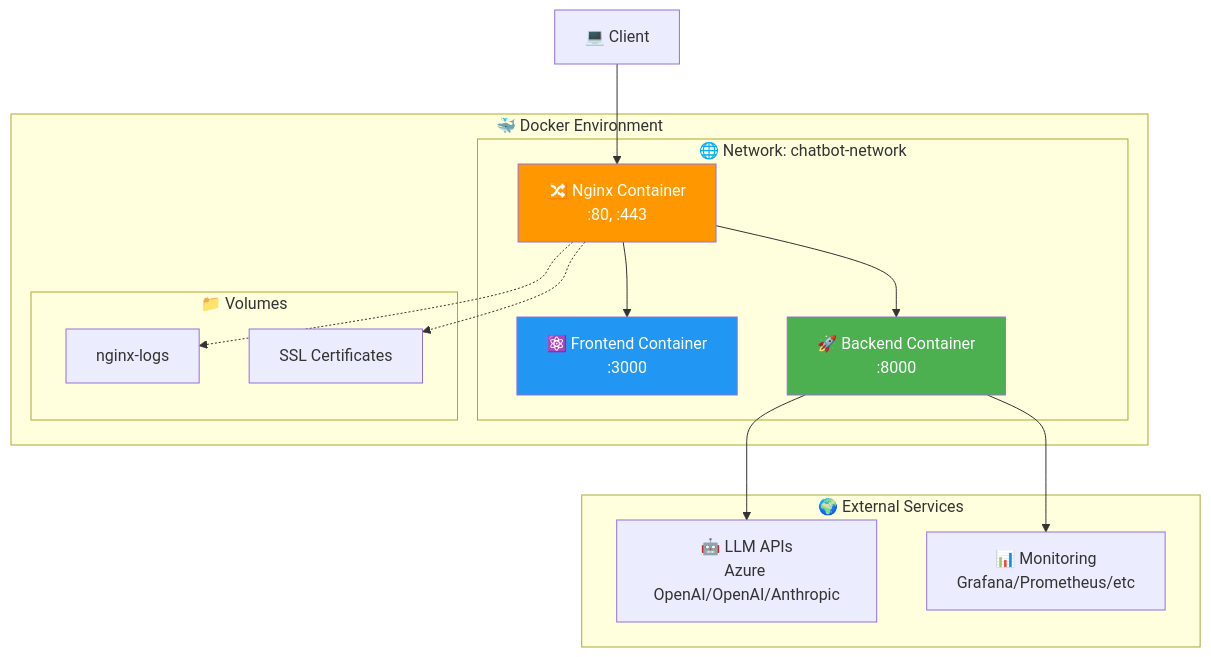
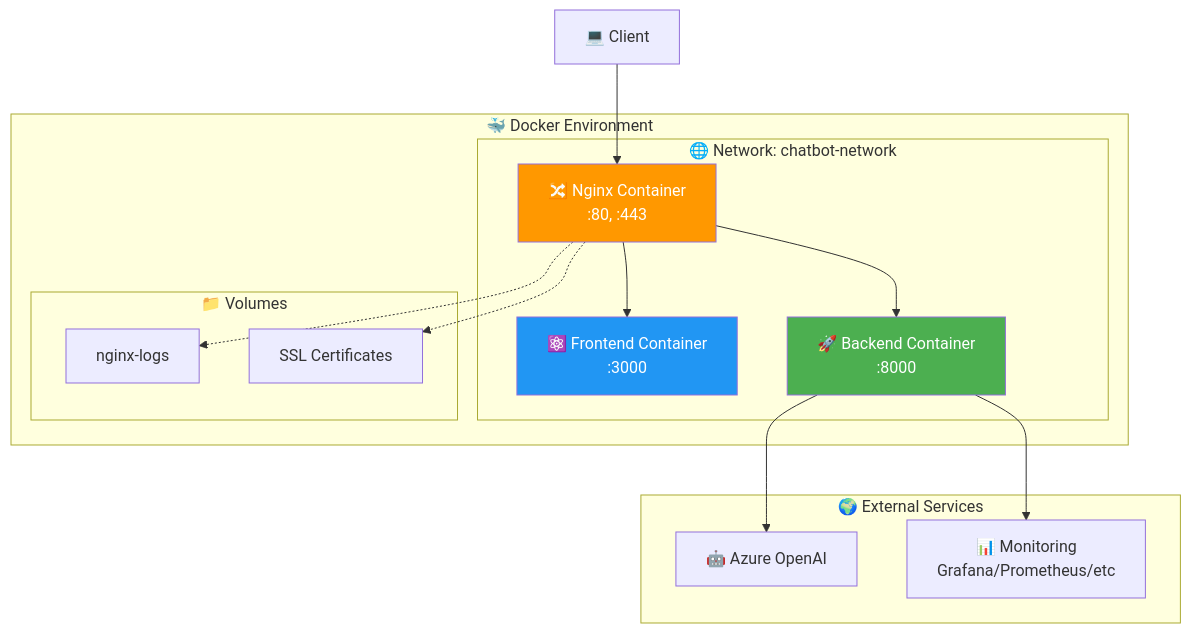
One commit to WatkinsGreen/chatter changed the fourth of 9 diagrams in docs/architecture-diagrams.md. Above: the diagram before and after it, drawn with Mermaid. The commit also changed other lines of this file and 6 other files, not shown here.

First line of the commit message:
Simplify to Azure OpenAI only configuration

````diff
--- a/docs/architecture-diagrams.md
+++ b/docs/architecture-diagrams.md
@@ -105,33 +98,33 @@
 ```mermaid
 graph TB
     subgraph "🐳 Docker Environment"
         subgraph "🌐 Network: chatbot-network"
             N[🔀 Nginx Container<br/>:80, :443]
             F[⚛️ Frontend Container<br/>:3000]
             B[🚀 Backend Container<br/>:8000]
         end
         
         subgraph "📁 Volumes"
             V1[nginx-logs]
             V2[SSL Certificates]
         end
     end
     
     subgraph "🌍 External Services"
-        LLM_EXT[🤖 LLM APIs<br/>Azure OpenAI/OpenAI/Anthropic]
+        LLM_EXT[🤖 Azure OpenAI]
         MON_EXT[📊 Monitoring<br/>Grafana/Prometheus/etc]
     end
     
     Client[💻 Client] --> N
     N --> F
     N --> B
     B --> LLM_EXT
     B --> MON_EXT
     
     N -.-> V1
     N -.-> V2
     
     style N fill:#ff9800,color:#fff
     style F fill:#2196f3,color:#fff
     style B fill:#4caf50,color:#fff
 ```
````
